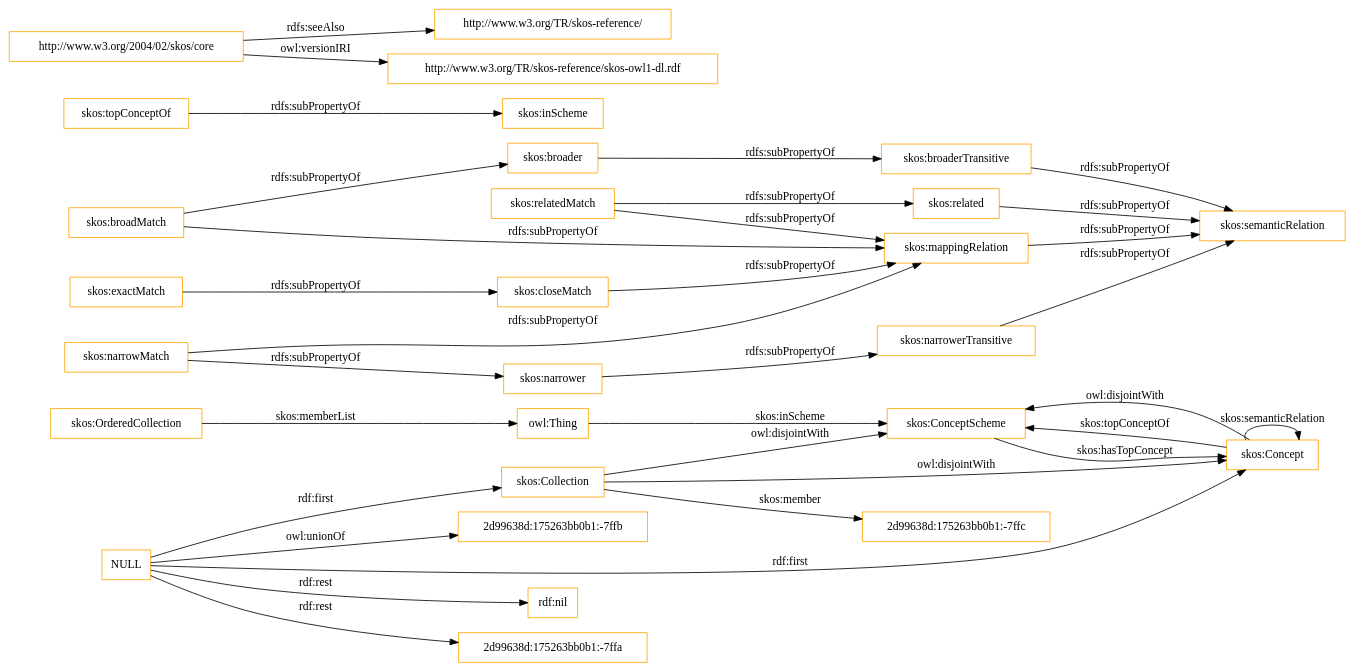
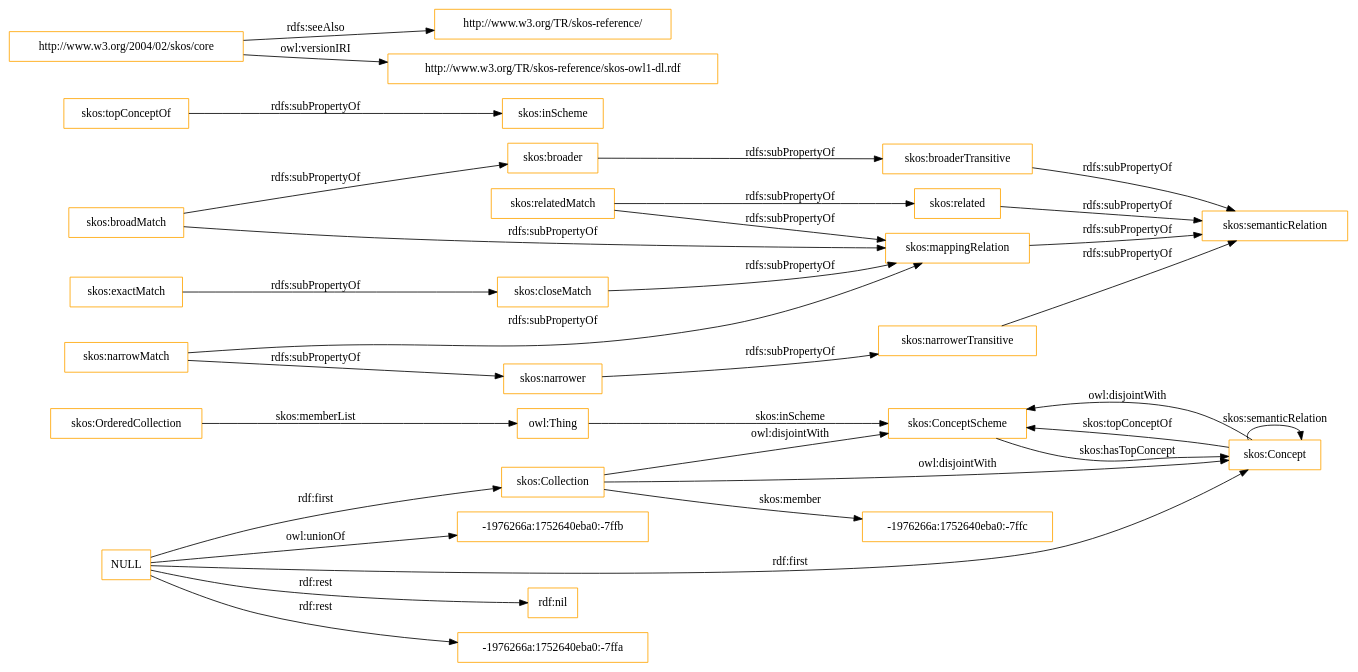
Before and after one commit to OnToologyUser/core-ontology-1: the diagram in OnToology/imports/skos.owl/diagrams/ar2dtool-class/skos.owl.png.dot, drawn with Graphviz. The commit also changed 14 other files, not shown here.

```diff
--- a/OnToology/imports/skos.owl/diagrams/ar2dtool-class/skos.owl.png.dot
+++ b/OnToology/imports/skos.owl/diagrams/ar2dtool-class/skos.owl.png.dot
@@ -1,37 +1,37 @@
 digraph ar2dtool_diagram { 
 rankdir=LR;
 size="1501"
-node [shape = rectangle, color="orange"]; "skos:OrderedCollection" "skos:ConceptScheme" "skos:Concept" "skos:Collection" "2d99638d:175263bb0b1:-7ffc" ; /*classes style*/
+node [shape = rectangle, color="orange"]; "skos:OrderedCollection" "skos:ConceptScheme" "skos:Concept" "skos:Collection" "-1976266a:1752640eba0:-7ffc" ; /*classes style*/
 	"skos:narrowerTransitive" -> "skos:semanticRelation" [ label = "rdfs:subPropertyOf" ];
 	"NULL" -> "rdf:nil" [ label = "rdf:rest" ];
 	"NULL" -> "skos:Concept" [ label = "rdf:first" ];
-	"NULL" -> "2d99638d:175263bb0b1:-7ffa" [ label = "rdf:rest" ];
+	"NULL" -> "-1976266a:1752640eba0:-7ffa" [ label = "rdf:rest" ];
 	"NULL" -> "skos:Collection" [ label = "rdf:first" ];
-	"NULL" -> "2d99638d:175263bb0b1:-7ffb" [ label = "owl:unionOf" ];
+	"NULL" -> "-1976266a:1752640eba0:-7ffb" [ label = "owl:unionOf" ];
 	"skos:closeMatch" -> "skos:mappingRelation" [ label = "rdfs:subPropertyOf" ];
 	"skos:Concept" -> "skos:ConceptScheme" [ label = "owl:disjointWith" ];
 	"skos:relatedMatch" -> "skos:related" [ label = "rdfs:subPropertyOf" ];
 	"skos:relatedMatch" -> "skos:mappingRelation" [ label = "rdfs:subPropertyOf" ];
 	"skos:related" -> "skos:semanticRelation" [ label = "rdfs:subPropertyOf" ];
 	"skos:topConceptOf" -> "skos:inScheme" [ label = "rdfs:subPropertyOf" ];
 	"skos:broadMatch" -> "skos:mappingRelation" [ label = "rdfs:subPropertyOf" ];
 	"skos:broadMatch" -> "skos:broader" [ label = "rdfs:subPropertyOf" ];
 	"skos:exactMatch" -> "skos:closeMatch" [ label = "rdfs:subPropertyOf" ];
 	"skos:broaderTransitive" -> "skos:semanticRelation" [ label = "rdfs:subPropertyOf" ];
 	"skos:broader" -> "skos:broaderTransitive" [ label = "rdfs:subPropertyOf" ];
 	"skos:mappingRelation" -> "skos:semanticRelation" [ label = "rdfs:subPropertyOf" ];
 	"http://www.w3.org/2004/02/skos/core" -> "http://www.w3.org/TR/skos-reference/" [ label = "rdfs:seeAlso" ];
 	"http://www.w3.org/2004/02/skos/core" -> "http://www.w3.org/TR/skos-reference/skos-owl1-dl.rdf" [ label = "owl:versionIRI" ];
 	"skos:Collection" -> "skos:ConceptScheme" [ label = "owl:disjointWith" ];
 	"skos:Collection" -> "skos:Concept" [ label = "owl:disjointWith" ];
 	"skos:narrower" -> "skos:narrowerTransitive" [ label = "rdfs:subPropertyOf" ];
 	"skos:narrowMatch" -> "skos:narrower" [ label = "rdfs:subPropertyOf" ];
 	"skos:narrowMatch" -> "skos:mappingRelation" [ label = "rdfs:subPropertyOf" ];
 	"skos:OrderedCollection" -> "owl:Thing" [ label = "skos:memberList" ];
 	"skos:Concept" -> "skos:ConceptScheme" [ label = "skos:topConceptOf" ];
 	"skos:Concept" -> "skos:Concept" [ label = "skos:semanticRelation" ];
-	"skos:Collection" -> "2d99638d:175263bb0b1:-7ffc" [ label = "skos:member" ];
+	"skos:Collection" -> "-1976266a:1752640eba0:-7ffc" [ label = "skos:member" ];
 	"skos:ConceptScheme" -> "skos:Concept" [ label = "skos:hasTopConcept" ];
 	"owl:Thing" -> "skos:ConceptScheme" [ label = "skos:inScheme" ];
 
 }
```
